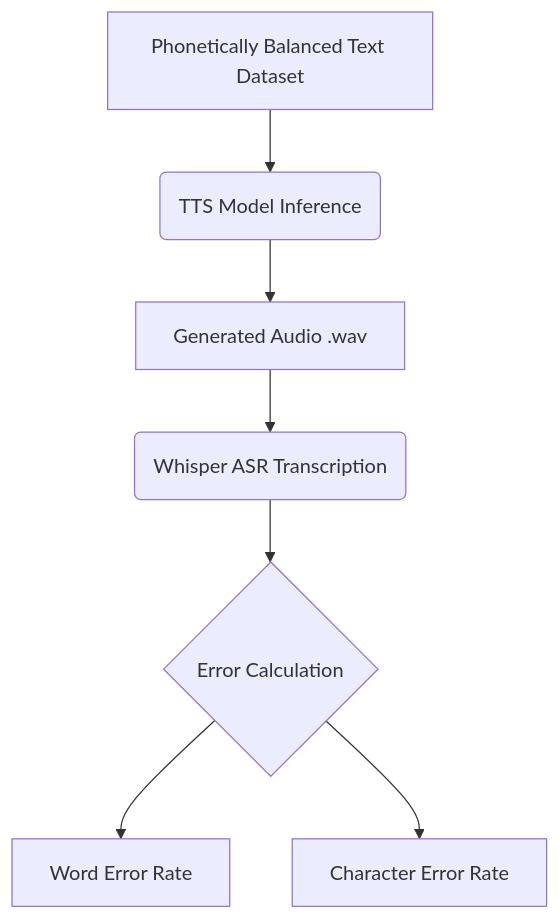
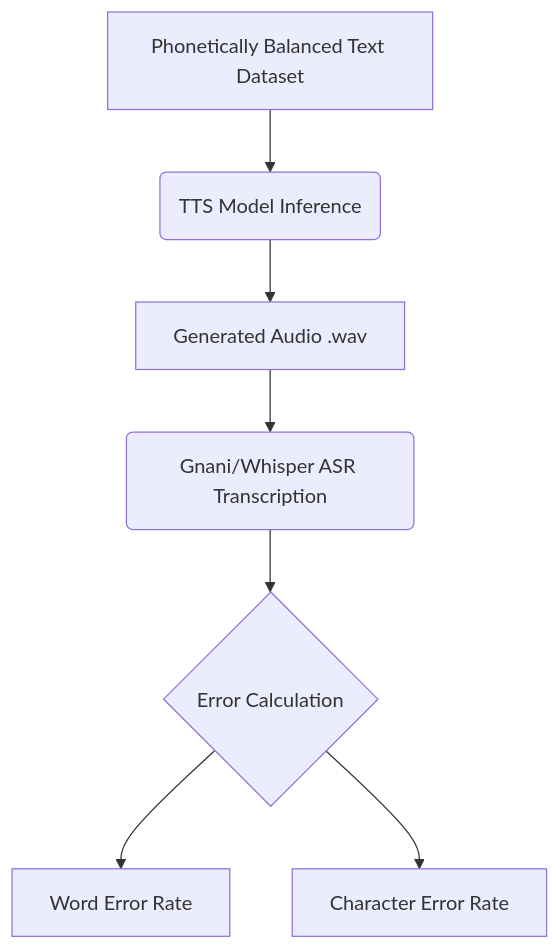
One commit to JayGang07/Indian-TTS-models changed the diagram in README.md. Above: the diagram before and after it, drawn with Mermaid. The commit also changed other lines of this file and 3 other files, not shown here.

Commit message:
Add CosyVoice & Xobdo Boroxa evals, unified models table, separate Sarvam notebooks, Gnani ASR context

````diff
--- a/README.md
+++ b/README.md
@@ -259,9 +267,9 @@
 ```mermaid
 graph TD
  A[Phonetically Balanced Text Dataset] --> B(TTS Model Inference)
  B --> C[Generated Audio .wav]
- C --> D(Whisper ASR Transcription)
+ C --> D(Gnani/Whisper ASR Transcription)
  D --> E{Error Calculation}
  E --> F[Word Error Rate]
  E --> G[Character Error Rate]
 ```
````
